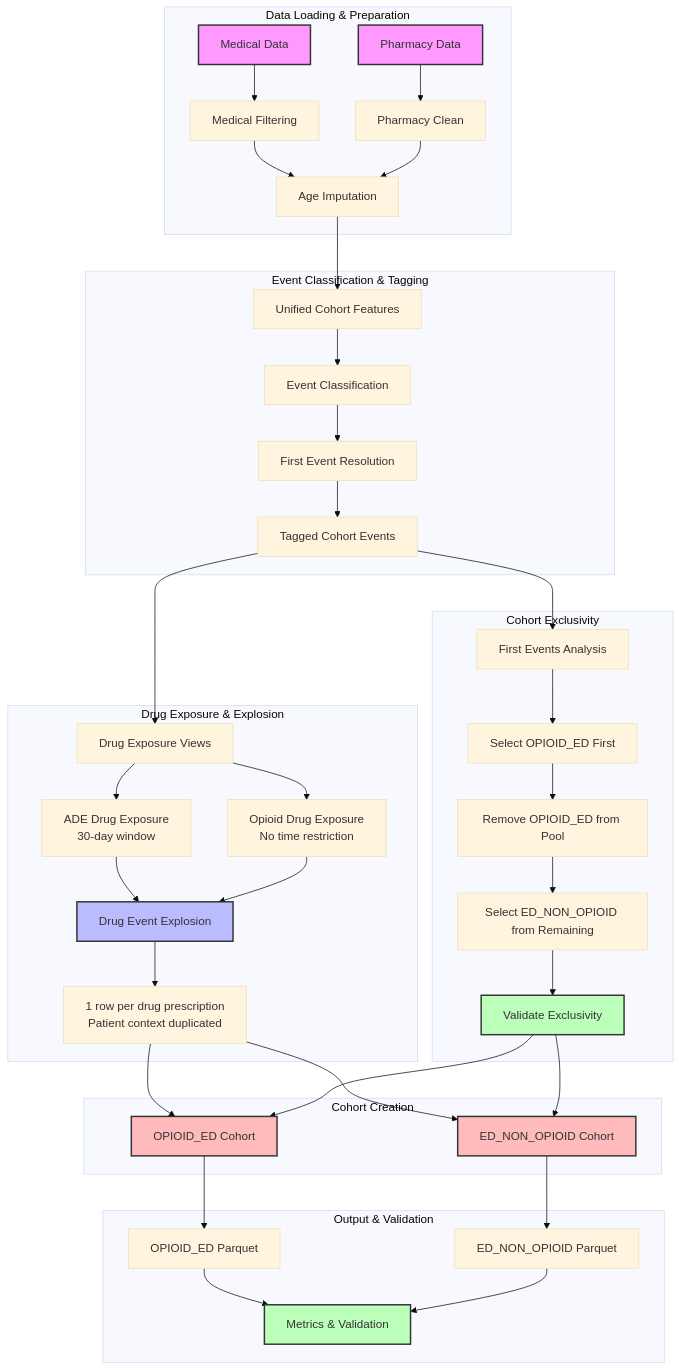
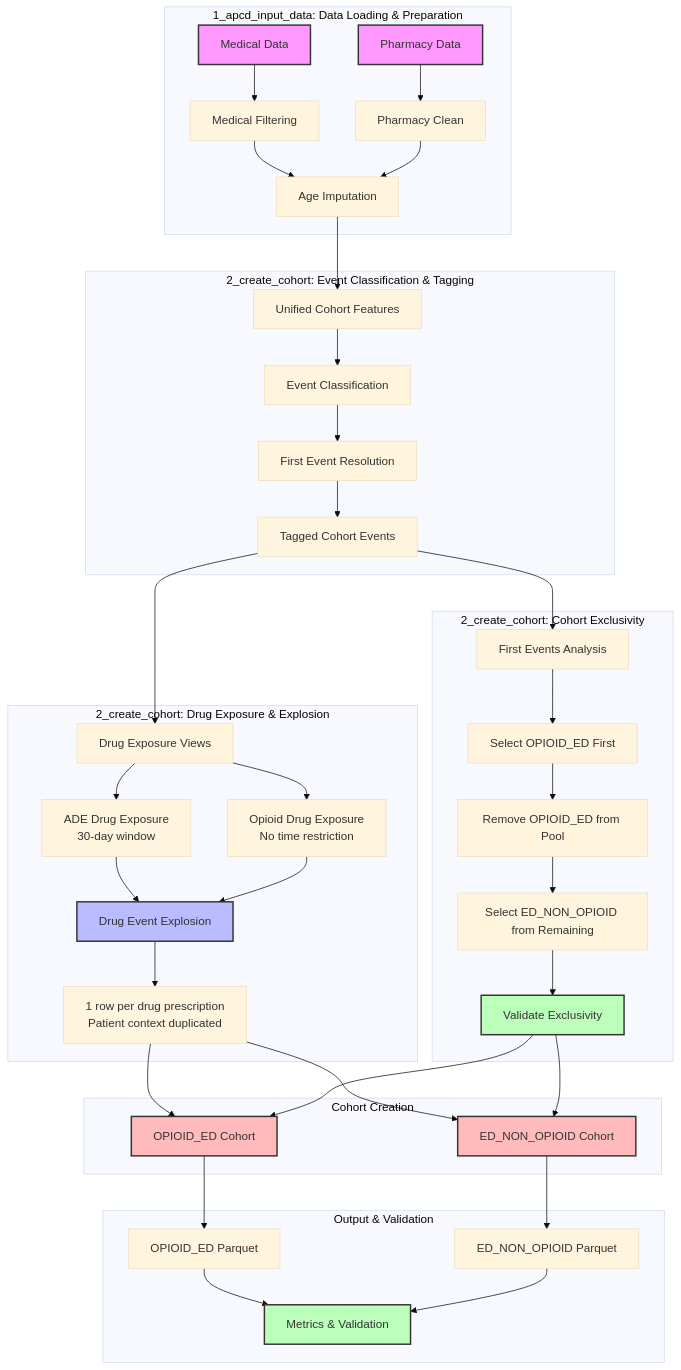
Before and after one commit to Jerome3590/pgx-analysis: the fifth of 7 diagrams in README.md, drawn with Mermaid (base theme). The commit also changed other lines of this file and 11 other files, not shown here.

````diff
--- a/README.md
+++ b/README.md
@@ -717,55 +777,55 @@
 ```mermaid
 flowchart TD
-    subgraph "Data Loading & Preparation"
+    subgraph "1_apcd_input_data: Data Loading & Preparation"
         A[Medical Data] --> B[Medical Filtering]
         C[Pharmacy Data] --> D[Pharmacy Clean]
         B --> E[Age Imputation]
         D --> E
     end
     
-    subgraph "Event Classification & Tagging"
+    subgraph "2_create_cohort: Event Classification & Tagging"
         E --> F[Unified Cohort Features]
         F --> G[Event Classification]
         G --> H[First Event Resolution]
         H --> I[Tagged Cohort Events]
     end
     
-    subgraph "Drug Exposure & Explosion"
+    subgraph "2_create_cohort: Drug Exposure & Explosion"
         I --> J[Drug Exposure Views]
         J --> J1[ADE Drug Exposure<br/>30-day window]
         J --> J2[Opioid Drug Exposure<br/>No time restriction]
         J1 --> K[Drug Event Explosion]
         J2 --> K
         K --> K1[1 row per drug prescription<br/>Patient context duplicated]
     end
     
-    subgraph "Cohort Exclusivity"
+    subgraph "2_create_cohort: Cohort Exclusivity"
         I --> L[First Events Analysis]
         L --> M[Select OPIOID_ED First]
         M --> N[Remove OPIOID_ED from Pool]
         N --> O[Select ED_NON_OPIOID from Remaining]
         O --> P[Validate Exclusivity]
     end
     
     subgraph "Cohort Creation"
         K1 --> Q[OPIOID_ED Cohort]
         P --> Q
         K1 --> R[ED_NON_OPIOID Cohort]
         P --> R
     end
     
     subgraph "Output & Validation"
         Q --> S[OPIOID_ED Parquet]
         R --> T[ED_NON_OPIOID Parquet]
         S --> U[Metrics & Validation]
         T --> U
     end
     
     style A fill:#f9f,stroke:#333,stroke-width:2px
     style C fill:#f9f,stroke:#333,stroke-width:2px
     style K fill:#bbf,stroke:#333,stroke-width:2px
     style P fill:#bfb,stroke:#333,stroke-width:2px
     style Q fill:#fbb,stroke:#333,stroke-width:2px
     style R fill:#fbb,stroke:#333,stroke-width:2px
     style U fill:#bfb,stroke:#333,stroke-width:2px
 ```
````
